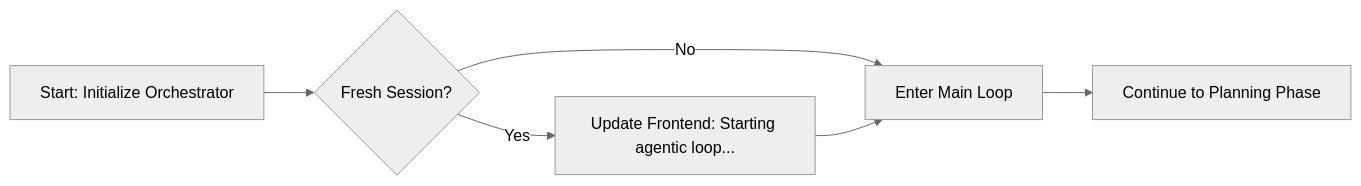
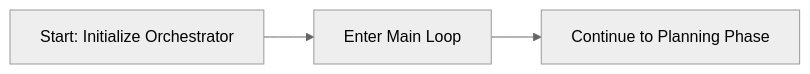
The first of 7 diagrams in unique_toolkit/docs/agentic_framework/orchestrator/unqiue_ai_how-it-works.md (Unique-AG/ai), drawn with Mermaid (neutral theme) before and after one commit. The commit also changed other lines of this file and 3 other files, not shown here.

````diff
--- a/unique_toolkit/docs/agentic_framework/orchestrator/unqiue_ai_how-it-works.md
+++ b/unique_toolkit/docs/agentic_framework/orchestrator/unqiue_ai_how-it-works.md
@@ -89,8 +88,5 @@
 ```mermaid
 flowchart LR
-    A[Start: Initialize Orchestrator] --> B{Fresh Session?}
-    B -- Yes --> B1[Update Frontend: Starting agentic loop...]
-    B -- No --> C[Enter Main Loop]
-    B1 --> C
+    A[Start: Initialize Orchestrator] --> C[Enter Main Loop]
     C --> E[Continue to Planning Phase]
 ```
````
